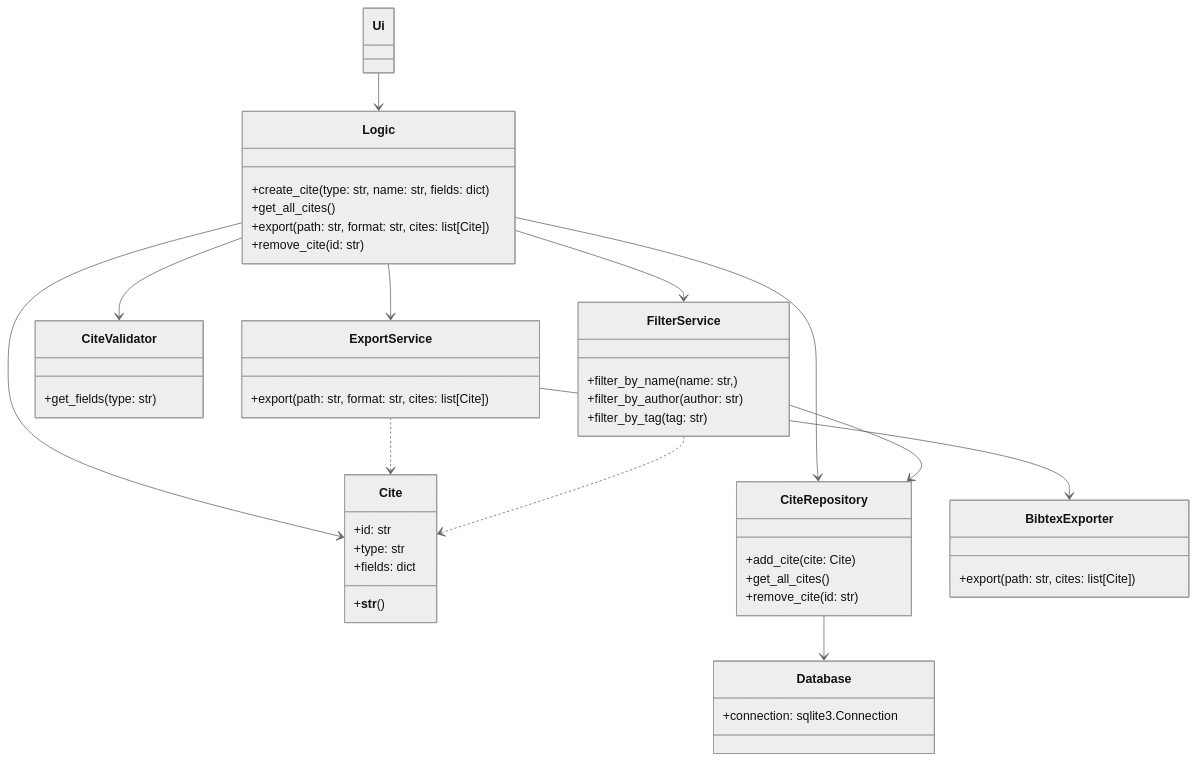
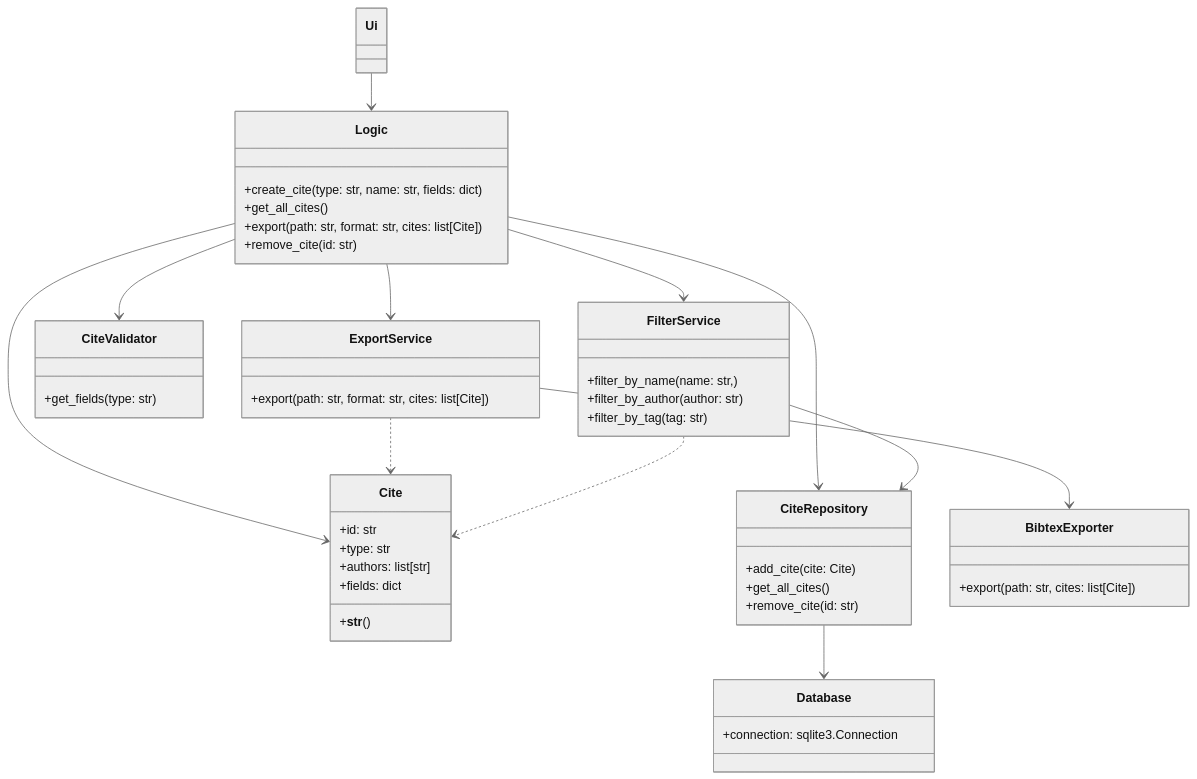
Before and after one commit to TheJiahao/ohtu-miniprojekti: the second of 2 diagrams in docs/arkkitehtuuri.md, drawn with Mermaid (neutral theme). The commit also changed other lines of this file and 3 other files, not shown here.

````diff
--- a/docs/arkkitehtuuri.md
+++ b/docs/arkkitehtuuri.md
@@ -23,60 +23,61 @@
 ```mermaid
 classDiagram
 Ui --> Logic
 
 Logic --> Cite
 Logic --> CiteRepository
 Logic --> ExportService
 Logic --> CiteValidator
 Logic --> FilterService
 
 ExportService --> BibtexExporter
 ExportService ..> Cite
 
 FilterService --> CiteRepository
 FilterService ..> Cite
 
 CiteRepository --> Database
 
 class Logic{
     +create_cite(type: str, name: str, fields: dict)
     +get_all_cites()
     +export(path: str, format: str, cites: list[Cite])
     +remove_cite(id: str)
 }
 
 class Cite {
     +id: str
     +type: str
+    +authors: list[str]
     +fields: dict
     +__str__()
 }
 
 class CiteRepository {
     +add_cite(cite: Cite)
     +get_all_cites()
     +remove_cite(id: str)
 }
 
 class Database {
     +connection: sqlite3.Connection
 }
 
 class BibtexExporter {
     +export(path: str, cites: list[Cite])
 }
 
 class ExportService {
     +export(path: str, format: str, cites: list[Cite])
 }
 
 class CiteValidator {
     +get_fields(type: str)
 }
 
 class FilterService {
     +filter_by_name(name: str, )
     +filter_by_author(author: str)
     +filter_by_tag(tag: str)
 }
 ```
````
